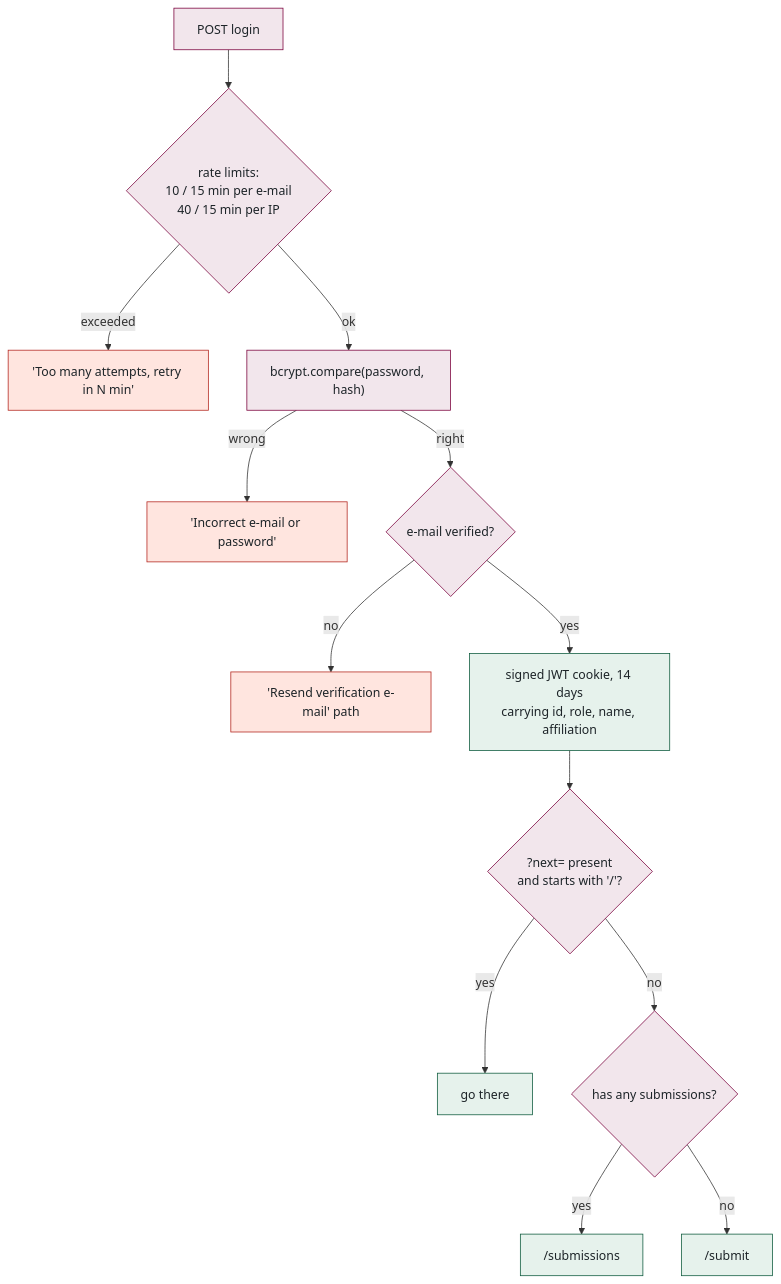
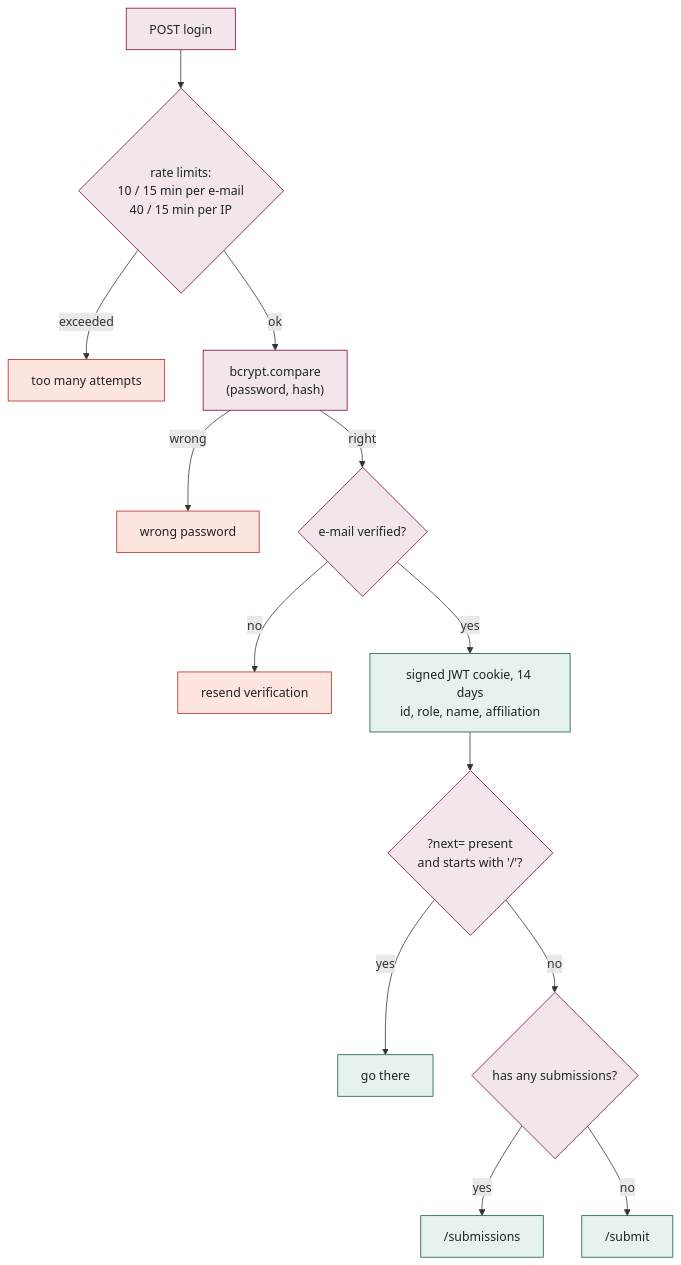
One commit to McMaster-Battery-Research-Group/battery-soc-benchmark changed the second of 4 diagrams in docs/walkthrough/08-authentication-and-accounts.md. Above: the diagram before and after it, drawn with Mermaid. The commit also changed other lines of this file and 10 other files, not shown here.

Commit message:
Walkthrough: every diagram now fits GitHub's content column (no scaling), larger timeline fonts, bigger logos

````diff
--- a/docs/walkthrough/08-authentication-and-accounts.md
+++ b/docs/walkthrough/08-authentication-and-accounts.md
@@ -35,21 +35,21 @@
 ```mermaid
 flowchart TB
     A["POST login"] --> L{"rate limits:<br/>10 / 15 min per e-mail<br/>40 / 15 min per IP"}
-    L -- exceeded --> X["'Too many attempts, retry in N min'"]
-    L -- ok --> B["bcrypt.compare(password, hash)"]
-    B -- wrong --> Y["'Incorrect e-mail or password'"]
+    L -- exceeded --> X["too many attempts"]
+    L -- ok --> B["bcrypt.compare<br/>(password, hash)"]
+    B -- wrong --> Y["wrong password"]
     B -- right --> C{"e-mail verified?"}
-    C -- no --> Z["'Resend verification e-mail' path"]
-    C -- yes --> D["signed JWT cookie, 14 days<br/>carrying id, role, name, affiliation"]
+    C -- no --> Z["resend verification"]
+    C -- yes --> D["signed JWT cookie, 14 days<br/>id, role, name, affiliation"]
     D --> E{"?next= present<br/>and starts with '/'?"}
     E -- yes --> F["go there"]
     E -- no --> G{"has any submissions?"}
     G -- yes --> H["/submissions"]
     G -- no --> I["/submit"]
     classDef web fill:#F2E6EC,stroke:#7A003C,color:#1d2428
     classDef danger fill:#FFE5DF,stroke:#B3261E,color:#1d2428
     classDef good fill:#E6F2EC,stroke:#0E5B3D,color:#1d2428
     class A,L,B,C,E,G web
     class X,Y,Z danger
     class D,F,H,I good
 ```
````
